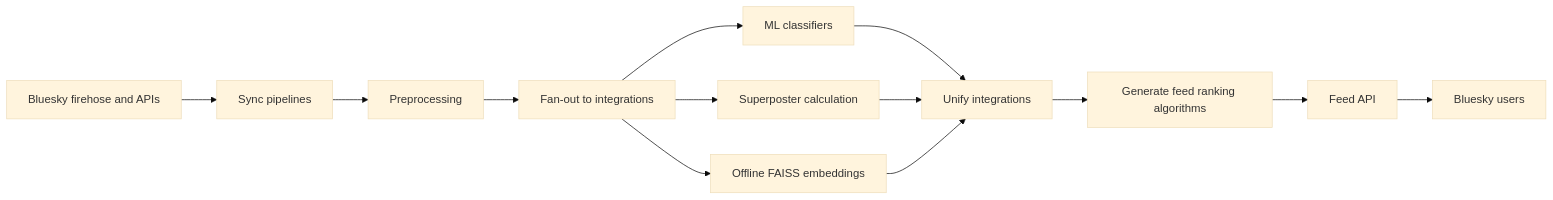
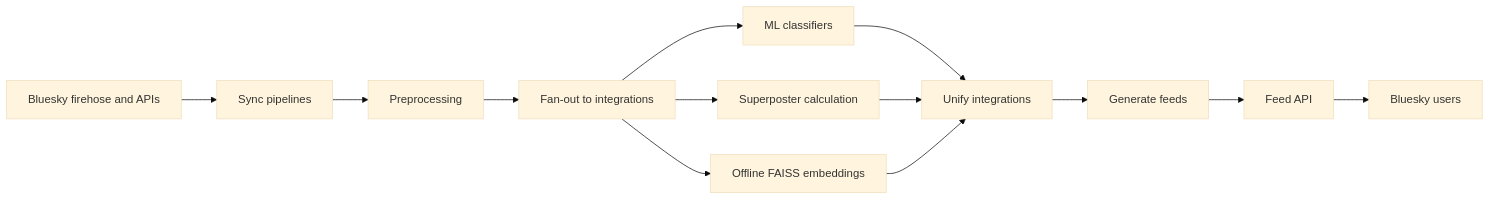
The diagram in _research/2026-05-26-bluesky-design-deep-dive.md (mark-torres10/personal_website), drawn with Mermaid (base theme) before and after one commit. The commit also changed other lines of this file, not shown here.

````diff
--- a/_research/2026-05-26-bluesky-design-deep-dive.md
+++ b/_research/2026-05-26-bluesky-design-deep-dive.md
@@ -22,15 +22,15 @@
 ```mermaid
 flowchart LR
   B[Bluesky firehose and APIs] --> S[Sync pipelines]
   S --> P[Preprocessing]
   P --> C[Fan-out to integrations]
   C --> M[ML classifiers]
   C --> SP[Superposter calculation]
   C --> V[Offline FAISS embeddings]
   M --> U[Unify integrations]
   SP --> U
   V --> U
-  U --> R[Generate feed ranking algorithms]
+  U --> R[Generate feeds]
   R --> A[Feed API]
   A --> U2[Bluesky users]
 ```
````
